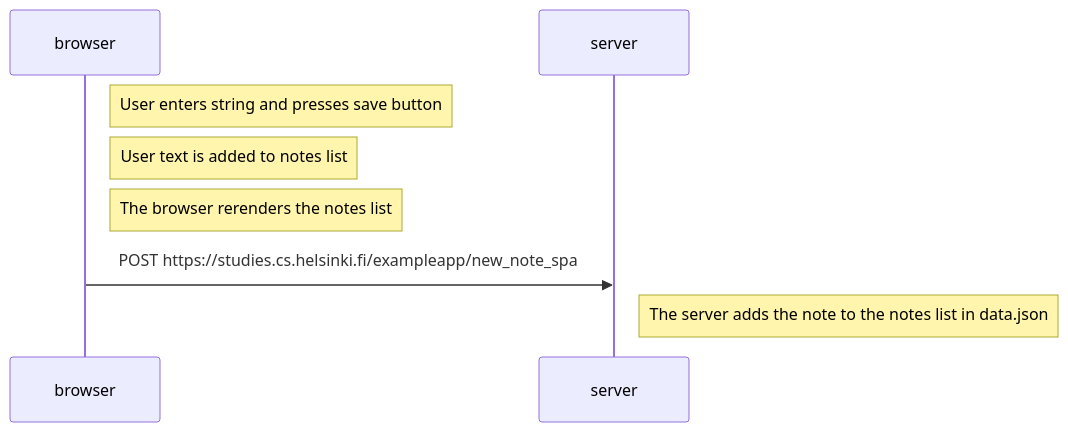
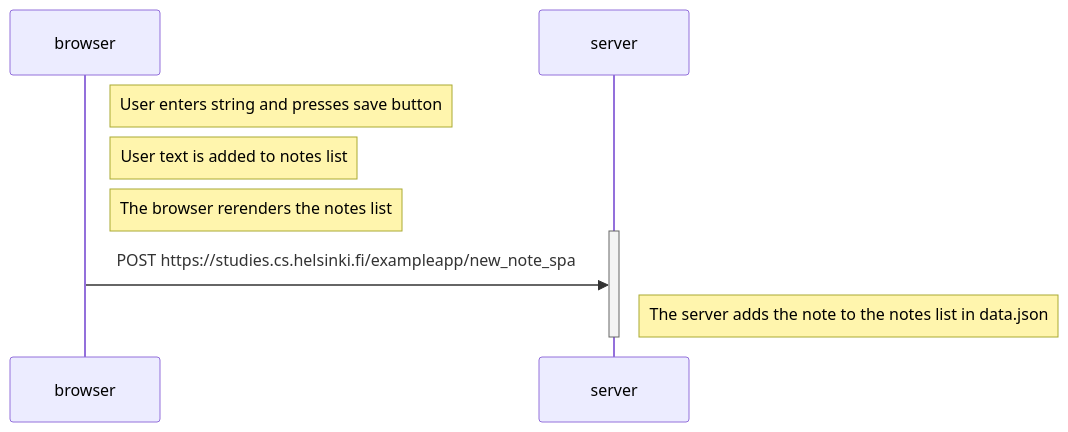
One commit to nuckynine/fullstack changed the diagram in part0/0.6.md. Above: the diagram before and after it, drawn with Mermaid.

````diff
--- a/part0/0.6.md
+++ b/part0/0.6.md
@@ -1,12 +1,14 @@
 ```mermaid
 sequenceDiagram
     participant browser
     participant server
 
     Note right of browser: User enters string and presses save button
     Note right of browser: User text is added to notes list
     Note right of browser: The browser rerenders the notes list
 
+    activate server
     browser->>server: POST https://studies.cs.helsinki.fi/exampleapp/new_note_spa
     Note right of server: The server adds the note to the notes list in data.json
+    deactivate server
 ```
````
